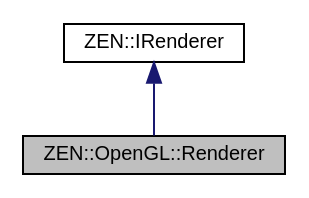
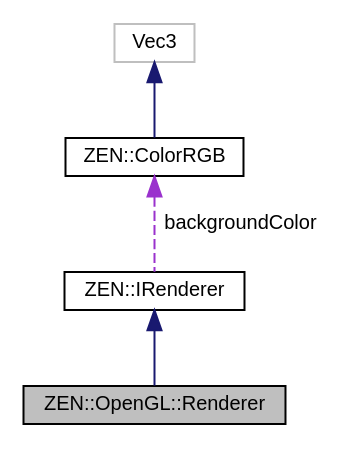
The diagram in classZEN_1_1OpenGL_1_1Renderer__coll__graph.dot (markhj/zeronetics), drawn with Graphviz before and after one commit. The commit also changed 11 other files, not shown here.

```diff
--- a/classZEN_1_1OpenGL_1_1Renderer__coll__graph.dot
+++ b/classZEN_1_1OpenGL_1_1Renderer__coll__graph.dot
@@ -1,9 +1,13 @@
 digraph "ZEN::OpenGL::Renderer"
 {
  // LATEX_PDF_SIZE
   edge [fontname="Helvetica",fontsize="10",labelfontname="Helvetica",labelfontsize="10"];
   node [fontname="Helvetica",fontsize="10",shape=record];
   Node1 [label="ZEN::OpenGL::Renderer",height=0.2,width=0.4,color="black", fillcolor="grey75", style="filled", fontcolor="black",tooltip=" "];
   Node2 -> Node1 [dir="back",color="midnightblue",fontsize="10",style="solid",fontname="Helvetica"];
   Node2 [label="ZEN::IRenderer",height=0.2,width=0.4,color="black", fillcolor="white", style="filled",URL="$classZEN_1_1IRenderer.html",tooltip=" "];
+  Node3 -> Node2 [dir="back",color="darkorchid3",fontsize="10",style="dashed",label=" backgroundColor" ,fontname="Helvetica"];
+  Node3 [label="ZEN::ColorRGB",height=0.2,width=0.4,color="black", fillcolor="white", style="filled",URL="$classZEN_1_1ColorRGB.html",tooltip=" "];
+  Node4 -> Node3 [dir="back",color="midnightblue",fontsize="10",style="solid",fontname="Helvetica"];
+  Node4 [label="Vec3",height=0.2,width=0.4,color="grey75", fillcolor="white", style="filled",tooltip=" "];
 }
```
